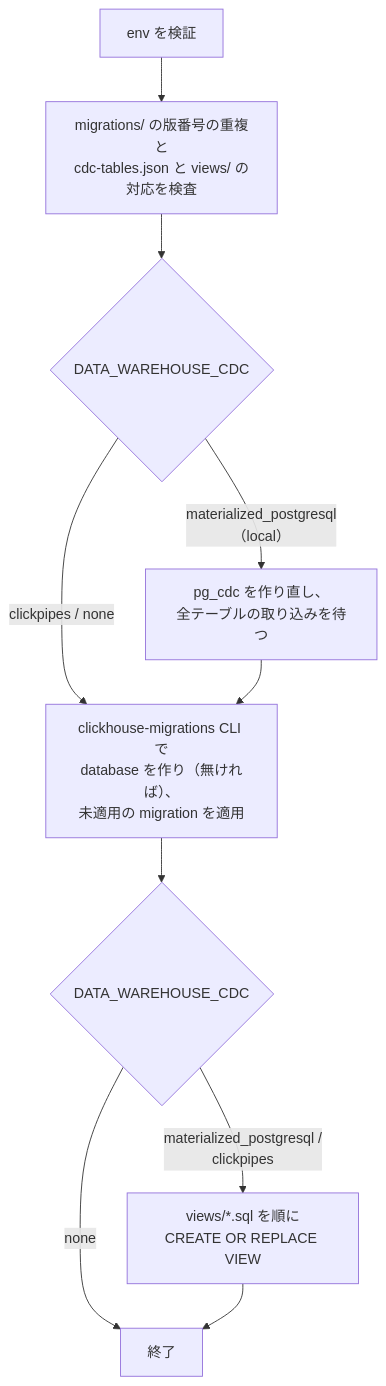
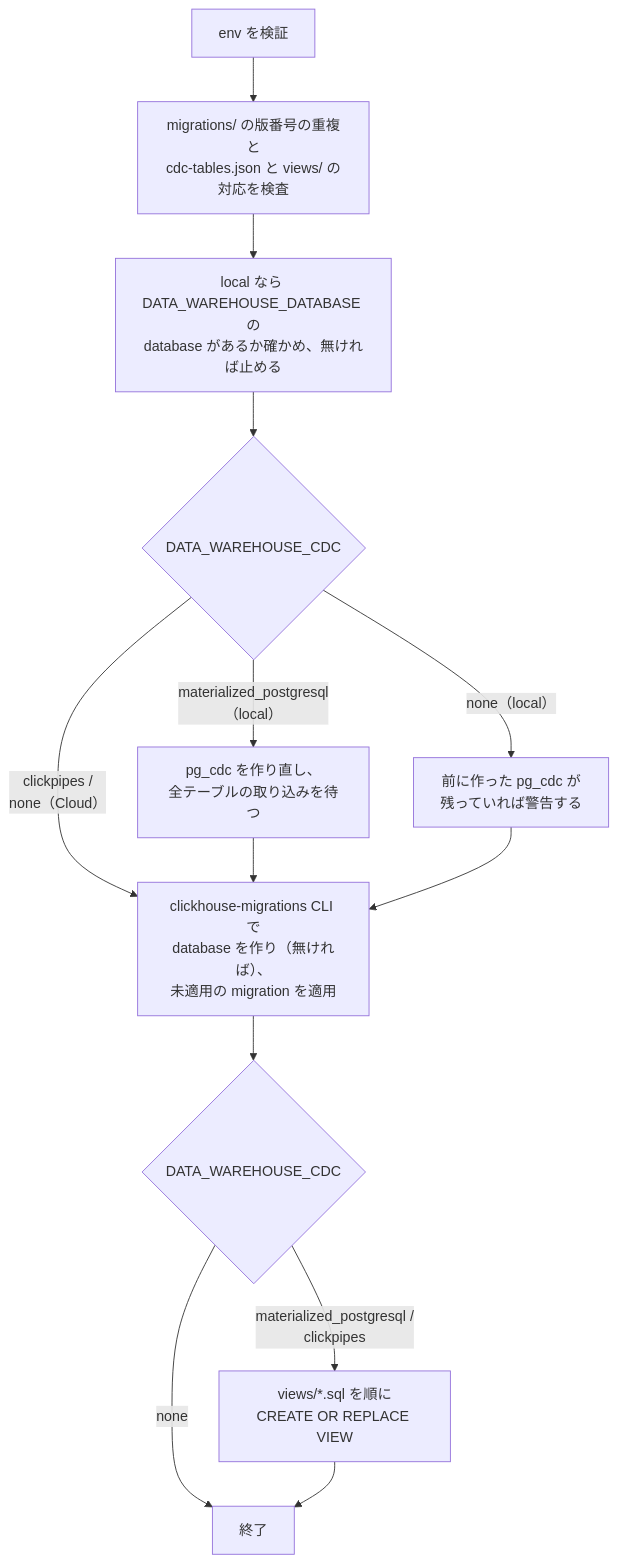
One commit to kentakki416/project-template changed the second of 5 diagrams in docs/spec/clickhouse-migration/README.md. Above: the diagram before and after it, drawn with Mermaid. The commit also changed other lines of this file and 19 other files, not shown here.

````diff
--- a/docs/spec/clickhouse-migration/README.md
+++ b/docs/spec/clickhouse-migration/README.md
@@ -212,12 +221,15 @@
 ```mermaid
 flowchart TD
     A[env を検証] --> B[migrations/ の版番号の重複と<br/>cdc-tables.json と views/ の対応を検査]
-    B --> C{DATA_WAREHOUSE_CDC}
+    B --> L[local なら DATA_WAREHOUSE_DATABASE の<br/>database があるか確かめ、無ければ止める]
+    L --> C{DATA_WAREHOUSE_CDC}
     C -- materialized_postgresql<br/>（local） --> D[pg_cdc を作り直し、<br/>全テーブルの取り込みを待つ]
-    C -- clickpipes / none --> F
+    C -- none（local） --> E[前に作った pg_cdc が<br/>残っていれば警告する]
+    C -- clickpipes /<br/>none（Cloud） --> F
     D --> F[clickhouse-migrations CLI で<br/>database を作り（無ければ）、<br/>未適用の migration を適用]
+    E --> F
     F --> G{DATA_WAREHOUSE_CDC}
     G -- none --> Z[終了]
     G -- materialized_postgresql /<br/>clickpipes --> H[views/*.sql を順に<br/>CREATE OR REPLACE VIEW]
     H --> Z
 ```
````
